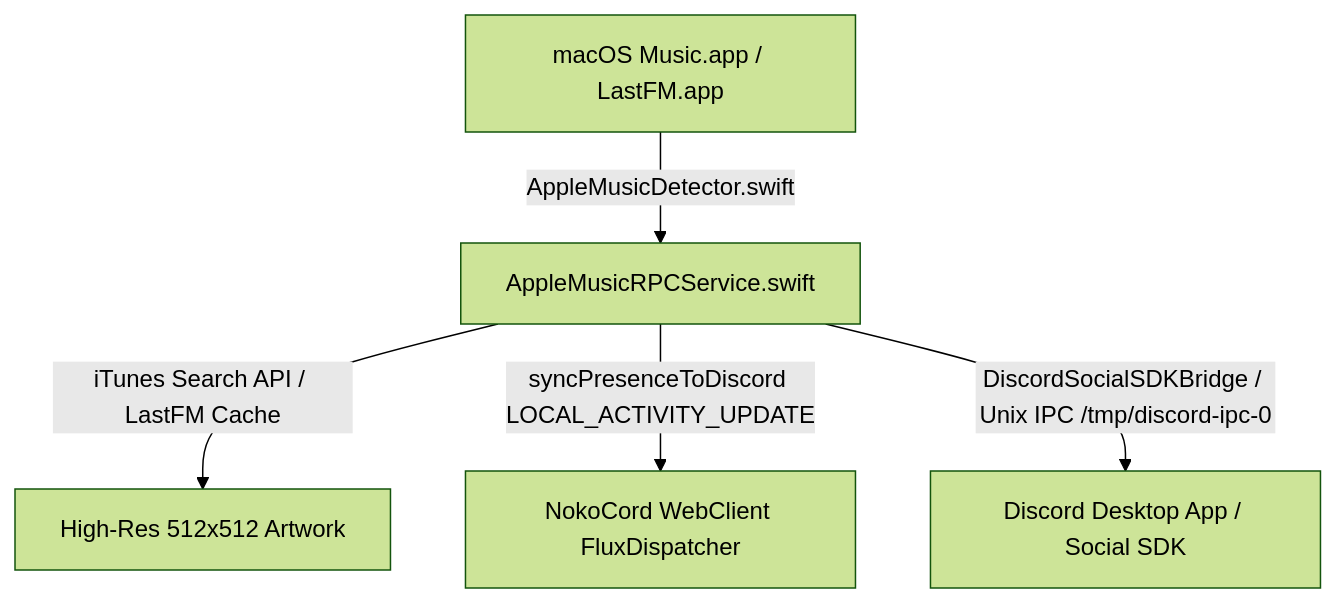
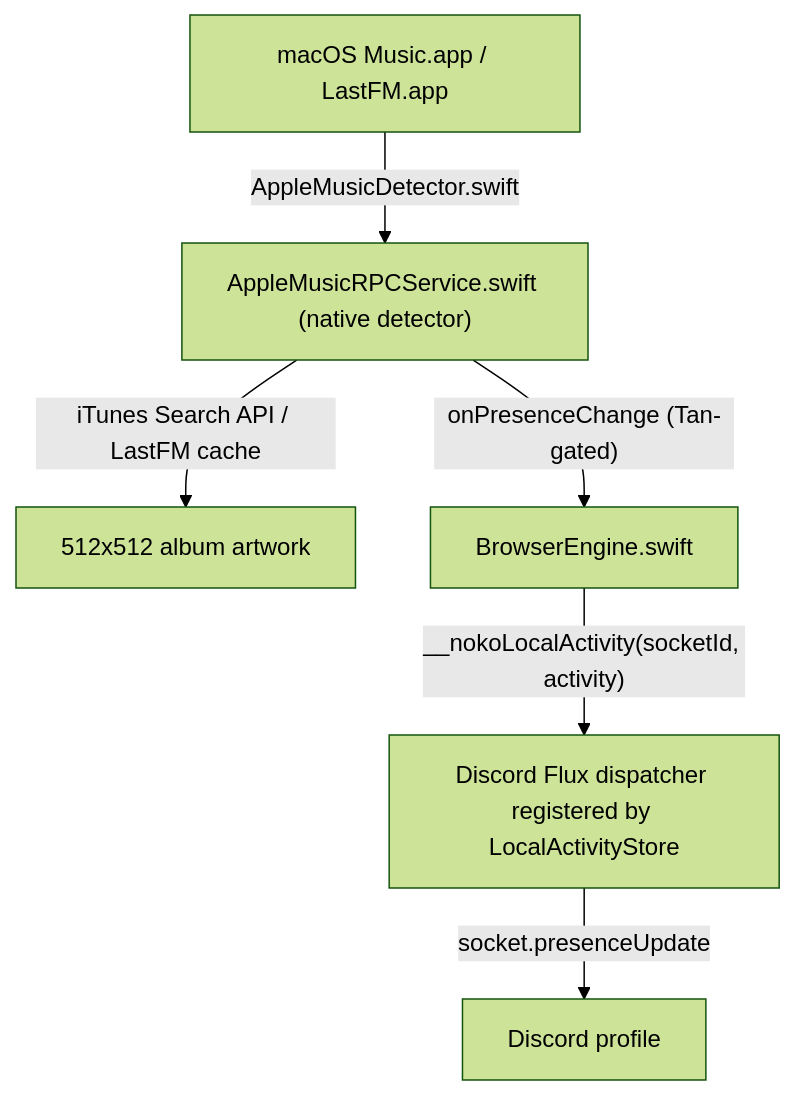
One commit to shiikatan/NokoCord changed the second of 2 diagrams in docs/NATIVE_FEATURES.md. Above: the diagram before and after it, drawn with Mermaid (forest theme). The commit also changed other lines of this file and 20 other files, not shown here.

````diff
--- a/docs/NATIVE_FEATURES.md
+++ b/docs/NATIVE_FEATURES.md
@@ -180,7 +183,8 @@
 ```mermaid
 graph TD
-    A[macOS Music.app / LastFM.app] -->|AppleMusicDetector.swift| B[AppleMusicRPCService.swift]
-    B -->|iTunes Search API / LastFM Cache| C[High-Res 512x512 Artwork]
-    B -->|syncPresenceToDiscord LOCAL_ACTIVITY_UPDATE| D[NokoCord WebClient FluxDispatcher]
-    B -->|DiscordSocialSDKBridge / Unix IPC /tmp/discord-ipc-0| E[Discord Desktop App / Social SDK]
+    A[macOS Music.app / LastFM.app] -->|"AppleMusicDetector.swift"| B["AppleMusicRPCService.swift (native detector)"]
+    B -->|"iTunes Search API / LastFM cache"| C[512x512 album artwork]
+    B -->|"onPresenceChange (Tan-gated)"| D[BrowserEngine.swift]
+    D -->|"__nokoLocalActivity(socketId, activity)"| E["Discord Flux dispatcher registered by LocalActivityStore"]
+    E -->|"socket.presenceUpdate"| F[Discord profile]
 ```
````
